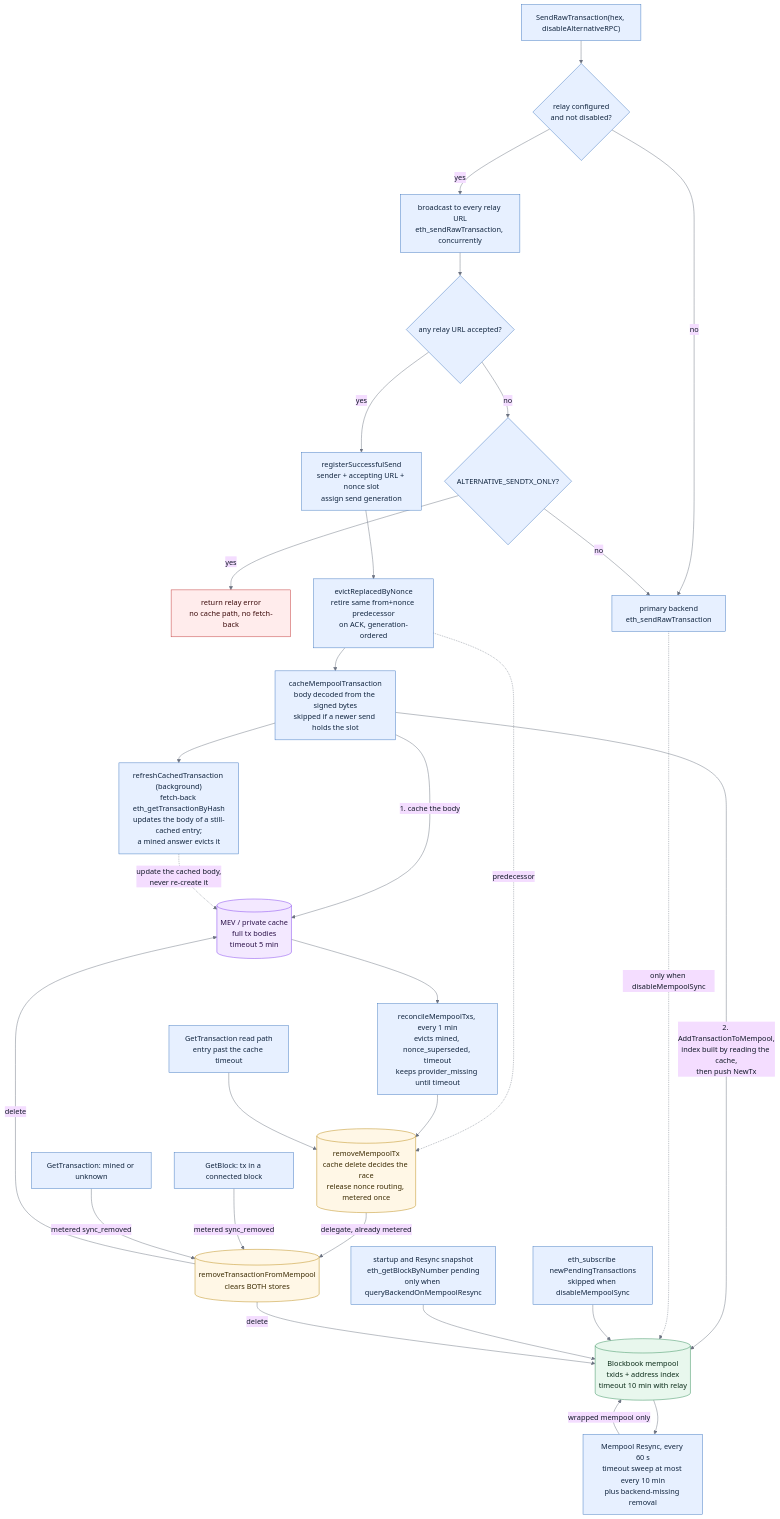
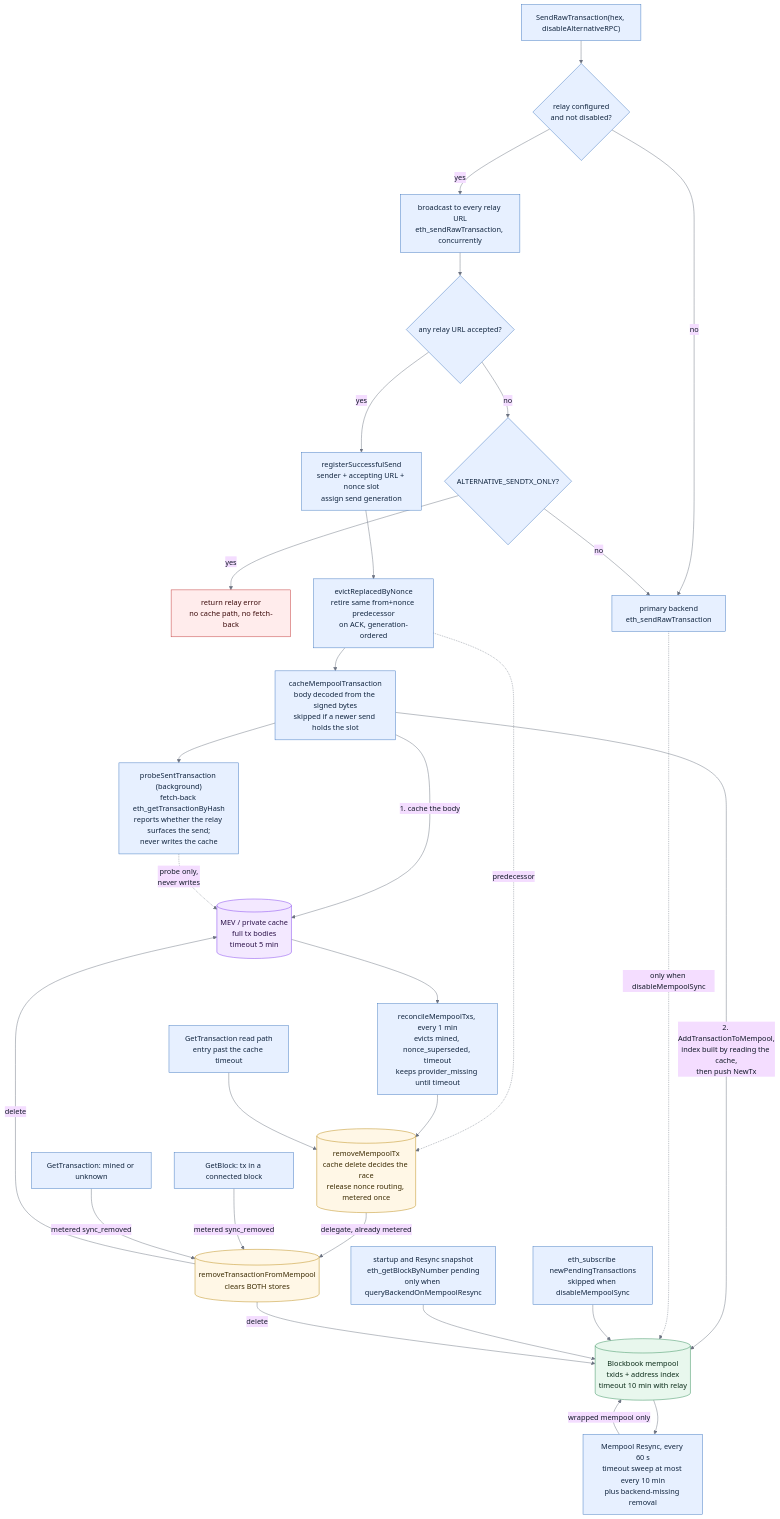
One commit to trezor/blockbook changed the first of 3 diagrams in docs/evm-send-mempools.md. Above: the diagram before and after it, drawn with Mermaid. The commit also changed other lines of this file and 2 other files, not shown here.

First line of the commit message:
docs(eth): correct what the send docs and the metric help now describe

````diff
--- a/docs/evm-send-mempools.md
+++ b/docs/evm-send-mempools.md
@@ -36,66 +36,66 @@
 ```mermaid
 %%{init: {"theme": "base", "themeVariables": {"lineColor": "#6b7280", "primaryTextColor": "#111827"}}}%%
 flowchart TD
     send["SendRawTransaction(hex, disableAlternativeRPC)"]
     route{"relay configured<br/>and not disabled?"}
     relay["broadcast to every relay URL<br/>eth_sendRawTransaction, concurrently"]
     acc{"any relay URL accepted?"}
     only{"ALTERNATIVE_SENDTX_ONLY?"}
     fail["return relay error<br/>no cache path, no fetch-back"]
     primary["primary backend<br/>eth_sendRawTransaction"]
     reg["registerSuccessfulSend<br/>sender + accepting URL + nonce slot<br/>assign send generation"]
     ackevict["evictReplacedByNonce<br/>retire same from+nonce predecessor<br/>on ACK, generation-ordered"]
     cache["cacheMempoolTransaction<br/>body decoded from the signed bytes<br/>skipped if a newer send holds the slot"]
-    handle["refreshCachedTransaction (background)<br/>fetch-back eth_getTransactionByHash<br/>updates the body of a still-cached entry;<br/>a mined answer evicts it"]
+    handle["probeSentTransaction (background)<br/>fetch-back eth_getTransactionByHash<br/>reports whether the relay surfaces the send;<br/>never writes the cache"]
 
     ws["eth_subscribe newPendingTransactions<br/>skipped when disableMempoolSync"]
     snap["startup and Resync snapshot<br/>eth_getBlockByNumber pending<br/>only when queryBackendOnMempoolResync"]
 
     alt[("MEV / private cache<br/>full tx bodies<br/>timeout 5 min")]
     pub[("Blockbook mempool<br/>txids + address index<br/>timeout 10 min with relay")]
 
     altrec["reconcileMempoolTxs, every 1 min<br/>evicts mined, nonce_superseded, timeout<br/>keeps provider_missing until timeout"]
     pubrec["Mempool Resync, every 60 s<br/>timeout sweep at most every 10 min<br/>plus backend-missing removal"]
 
     readalt["GetTransaction read path<br/>entry past the cache timeout"]
     blk["GetBlock: tx in a connected block"]
     readmined["GetTransaction: mined or unknown"]
 
     altrm[("removeMempoolTx<br/>cache delete decides the race<br/>release nonce routing, metered once")]
     bothrm[("removeTransactionFromMempool<br/>clears BOTH stores")]
 
     send --> route
     route -- "no" --> primary
     route -- "yes" --> relay --> acc
     acc -- "no" --> only
     only -- "yes" --> fail
     only -- "no" --> primary
     acc -- "yes" --> reg --> ackevict --> cache --> handle
     ackevict -. "predecessor" .-> altrm
     cache -- "1. cache the body" --> alt
     cache -- "2. AddTransactionToMempool,<br/>index built by reading the cache,<br/>then push NewTx" --> pub
-    handle -. "update the cached body,<br/>never re-create it" .-> alt
+    handle -. "probe only,<br/>never writes" .-> alt
     primary -. "only when disableMempoolSync" .-> pub
     ws --> pub
     snap --> pub
 
     alt --> altrec --> altrm
     readalt --> altrm
     altrm -- "delegate, already metered" --> bothrm
     blk -- "metered sync_removed" --> bothrm
     readmined -- "metered sync_removed" --> bothrm
     bothrm -- "delete" --> alt
     bothrm -- "delete" --> pub
     pub --> pubrec -- "wrapped mempool only" --> pub
 
     classDef step fill:#e7f0ff,stroke:#4078c0,color:#10243e;
     classDef mev fill:#f3e8ff,stroke:#7c3aed,color:#2b1148;
     classDef pubstore fill:#e8f7ed,stroke:#2e8b57,color:#0b2c19;
     classDef sink fill:#fff7e6,stroke:#b8860b,color:#3a2a00;
     classDef error fill:#ffecec,stroke:#c03535,color:#3b0a0a;
     class send,route,relay,acc,only,primary,reg,ackevict,cache,handle,ws,snap,altrec,pubrec,readalt,blk,readmined step;
     class alt mev;
     class pub pubstore;
     class altrm,bothrm sink;
     class fail error;
 ```
````
